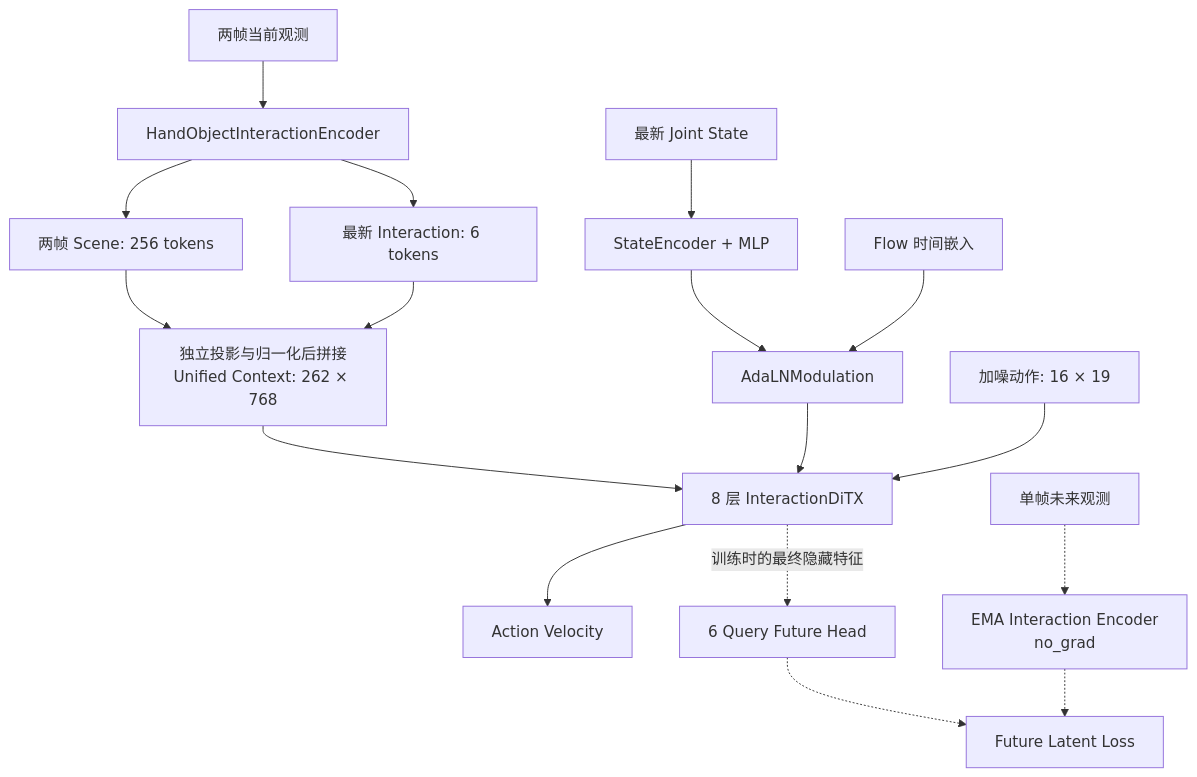
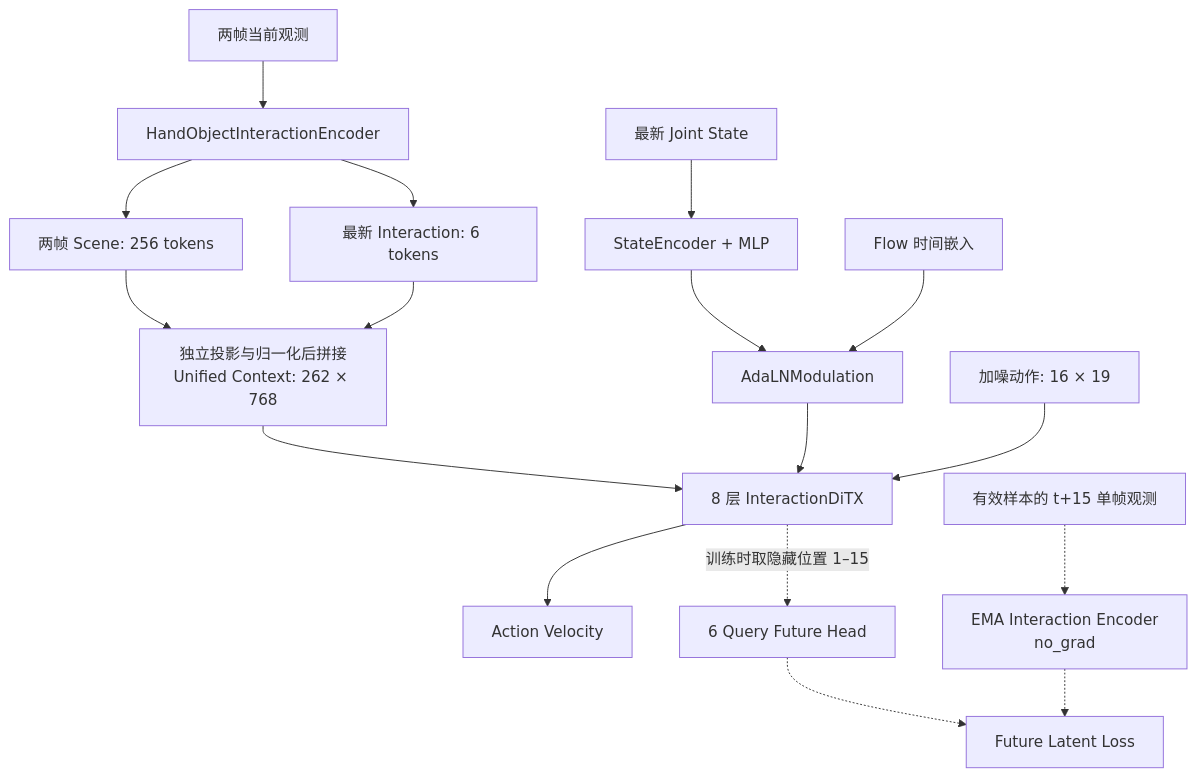
The diagram in docs/InteractionFlow模型架构.md (haoyangzhanglab/dexmani_policy), drawn with Mermaid before and after one commit. The commit also changed other lines of this file and 7 other files, not shown here.

Commit message:
Fix DAI-Flow future target alignment and loss weighting

````diff
--- a/docs/InteractionFlow模型架构.md
+++ b/docs/InteractionFlow模型架构.md
@@ -29,19 +29,19 @@
 ```mermaid
 flowchart TD
     obs["两帧当前观测"] --> encoder["HandObjectInteractionEncoder"]
     encoder --> scene["两帧 Scene: 256 tokens"]
     encoder --> interaction["最新 Interaction: 6 tokens"]
     scene --> memory["独立投影与归一化后拼接<br/>Unified Context: 262 × 768"]
     interaction --> memory
     joints["最新 Joint State"] --> state["StateEncoder + MLP"]
     state --> adaln["AdaLNModulation"]
     time["Flow 时间嵌入"] --> adaln
     noisy["加噪动作: 16 × 19"] --> ditx["8 层 InteractionDiTX"]
     memory --> ditx
     adaln --> ditx
     ditx --> velocity["Action Velocity"]
-    ditx -. "训练时的最终隐藏特征" .-> head["6 Query Future Head"]
-    future["单帧未来观测"] -.-> teacher["EMA Interaction Encoder<br/>no_grad"]
+    ditx -. "训练时取隐藏位置 1–15" .-> head["6 Query Future Head"]
+    future["有效样本的 t+15 单帧观测"] -.-> teacher["EMA Interaction Encoder<br/>no_grad"]
     teacher -.-> loss["Future Latent Loss"]
     head -.-> loss
 ```
````
